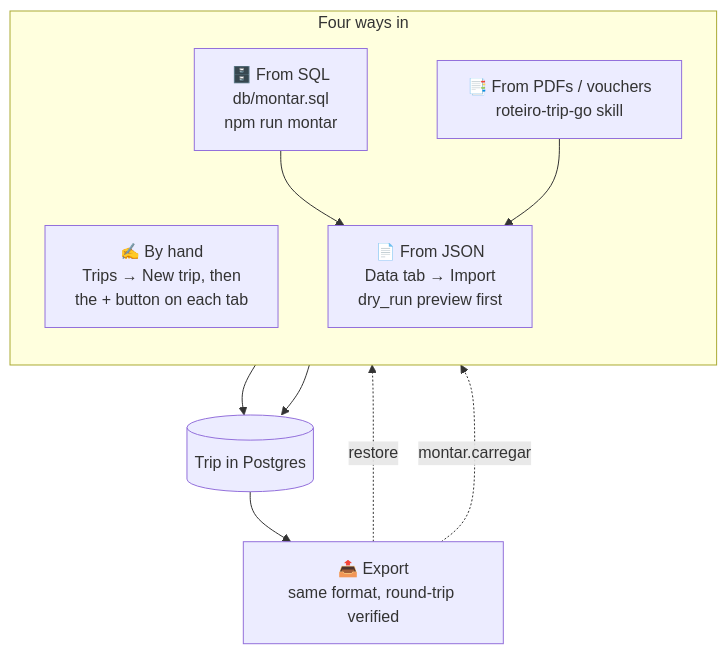
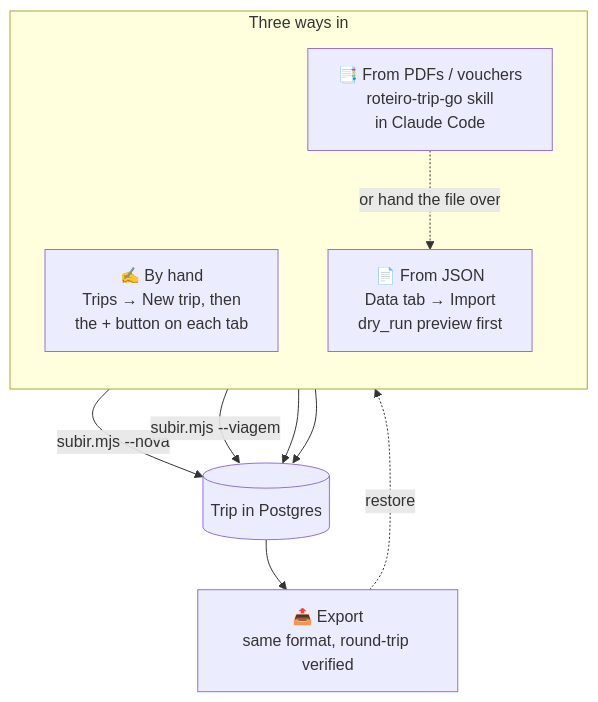
One commit to almeidaleo1995/trip-go changed diagram 12 of 14 in README.md. Above: the diagram before and after it, drawn with Mermaid. The commit also changed other lines of this file and 21 other files, not shown here.

````diff
--- a/README.md
+++ b/README.md
@@ -913,17 +910,16 @@
 ```mermaid
 flowchart TB
-    subgraph PATHS["Four ways in"]
+    subgraph PATHS["Three ways in"]
         direction TB
         A["✍️ By hand<br/>Trips → New trip, then<br/>the + button on each tab"]
         B["📄 From JSON<br/>Data tab → Import<br/>dry_run preview first"]
-        C["🗄️ From SQL<br/>db/montar.sql<br/>npm run montar"]
-        F["📑 From PDFs / vouchers<br/>roteiro-trip-go skill"]
+        C["📑 From PDFs / vouchers<br/>roteiro-trip-go skill<br/>in Claude Code"]
     end
-    C --> B
-    F --> B
+    C -->|"subir.mjs --nova"| D
+    C -->|"subir.mjs --viagem"| D
+    C -.->|"or hand the file over"| B
     B --> D[("Trip in Postgres")]
     A --> D
     D --> E["📤 Export<br/>same format, round-trip verified"]
     E -.->|"restore"| B
-    E -.->|"montar.carregar"| C
 ```
````
